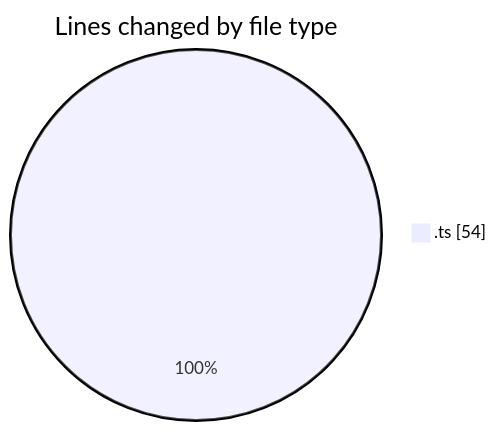
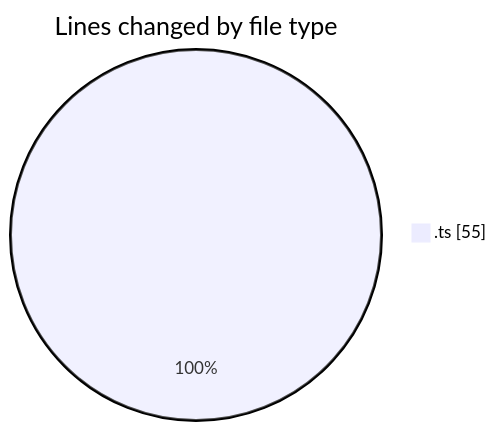
Before and after one commit to donsfak/code-tracking: the first of 2 diagrams in 2025-02-08/maps_clone/README.md, drawn with Mermaid. The commit also changed other lines of this file and 1 other file, not shown here.

````diff
--- a/2025-02-08/maps_clone/README.md
+++ b/2025-02-08/maps_clone/README.md
@@ -20,5 +20,5 @@
 ```mermaid
 pie showData
 title Lines changed by file type
-".ts" : 54
+".ts" : 55
 ```
````
